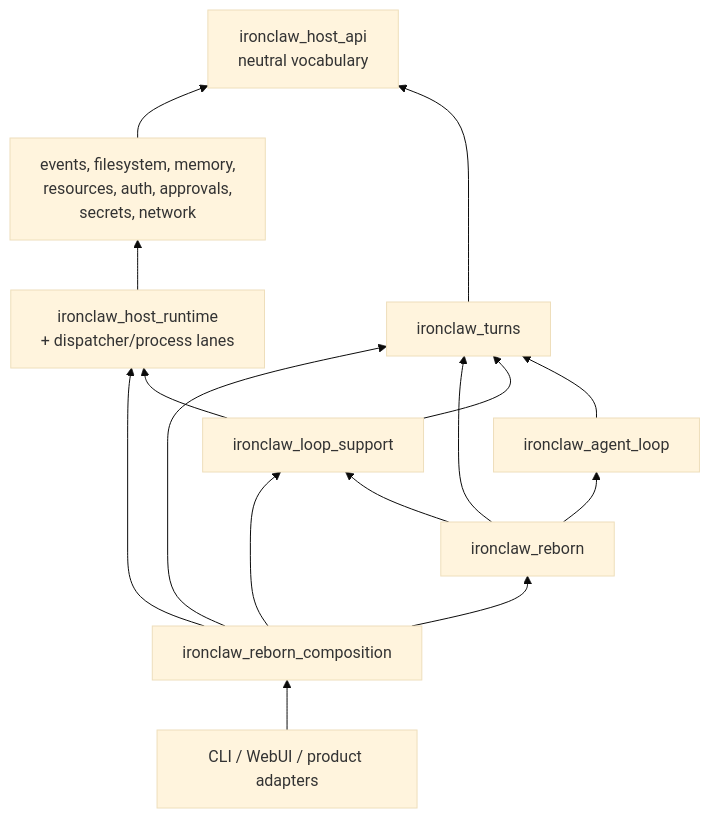
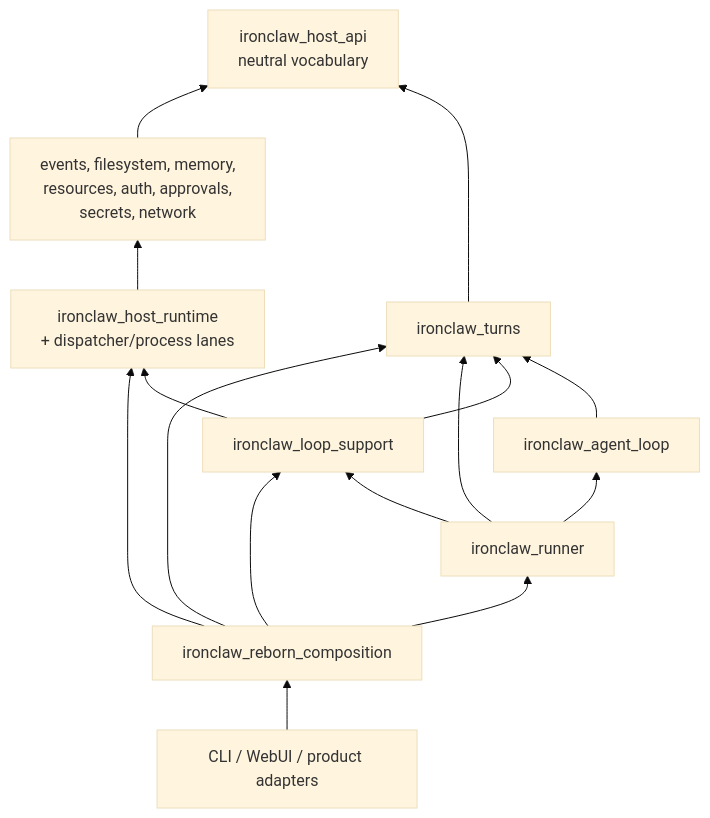
The third of 7 diagrams in crates/Architecture.md (nearai/ironclaw), drawn with Mermaid (base theme) before and after one commit. The commit also changed other lines of this file and 194 other files, not shown here.

Commit message:
refactor(reborn): rename runner crate

````diff
--- a/crates/Architecture.md
+++ b/crates/Architecture.md
@@ -362,27 +362,27 @@
 ```mermaid
 flowchart BT
     Entry["CLI / WebUI / product adapters"]
     Composition["ironclaw_reborn_composition"]
-    Reborn["ironclaw_reborn"]
+    Reborn["ironclaw_runner"]
     LoopSupport["ironclaw_loop_support"]
     AgentLoop["ironclaw_agent_loop"]
     Turns["ironclaw_turns"]
     Runtime["ironclaw_host_runtime\n+ dispatcher/process lanes"]
     Substrates["events, filesystem, memory,\nresources, auth, approvals,\nsecrets, network"]
     HostApi["ironclaw_host_api\nneutral vocabulary"]
 
     Entry --> Composition
     Composition --> Reborn
     Composition --> Turns
     Composition --> LoopSupport
     Composition --> Runtime
     Reborn --> AgentLoop
     Reborn --> Turns
     Reborn --> LoopSupport
     LoopSupport --> Turns
     LoopSupport --> Runtime
     AgentLoop --> Turns
     Runtime --> Substrates
     Substrates --> HostApi
     Turns --> HostApi
 ```
````
